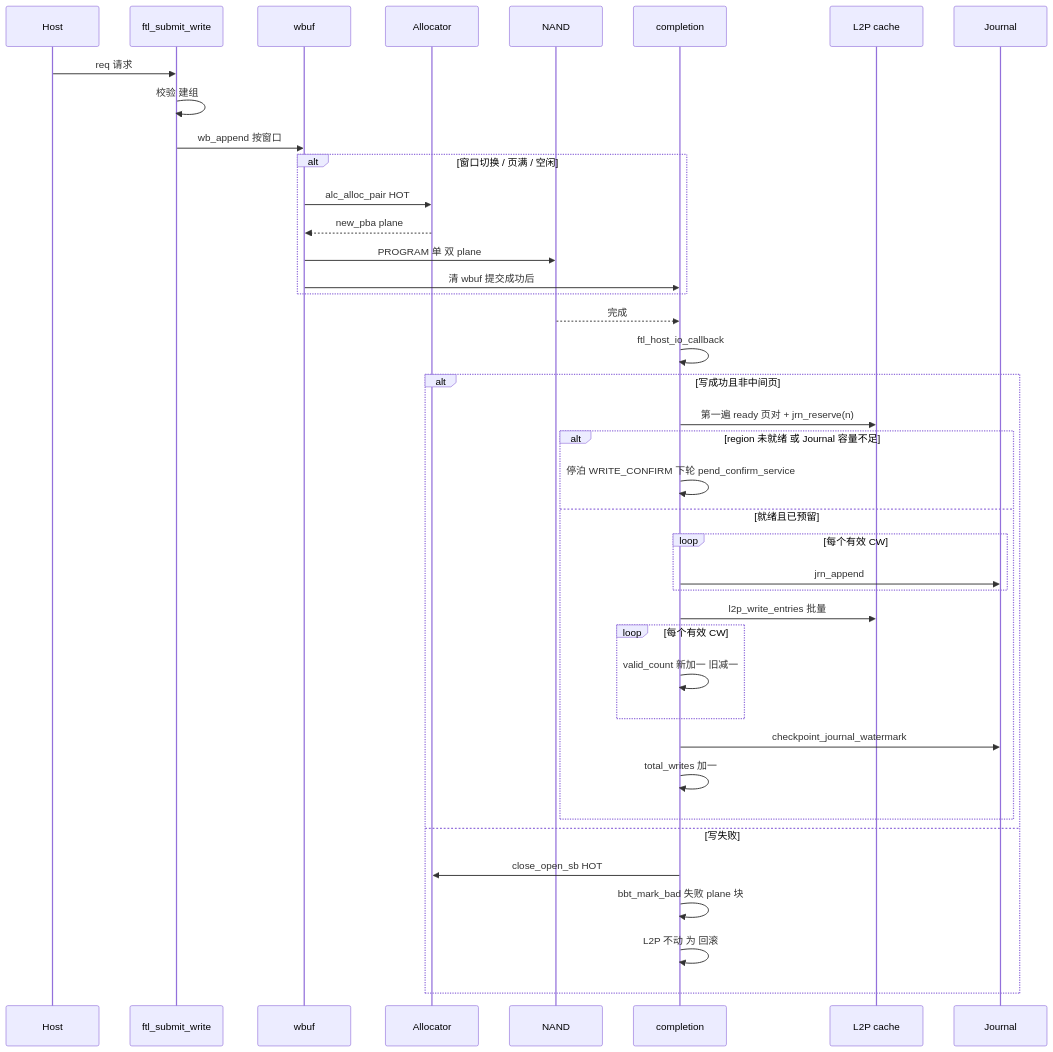
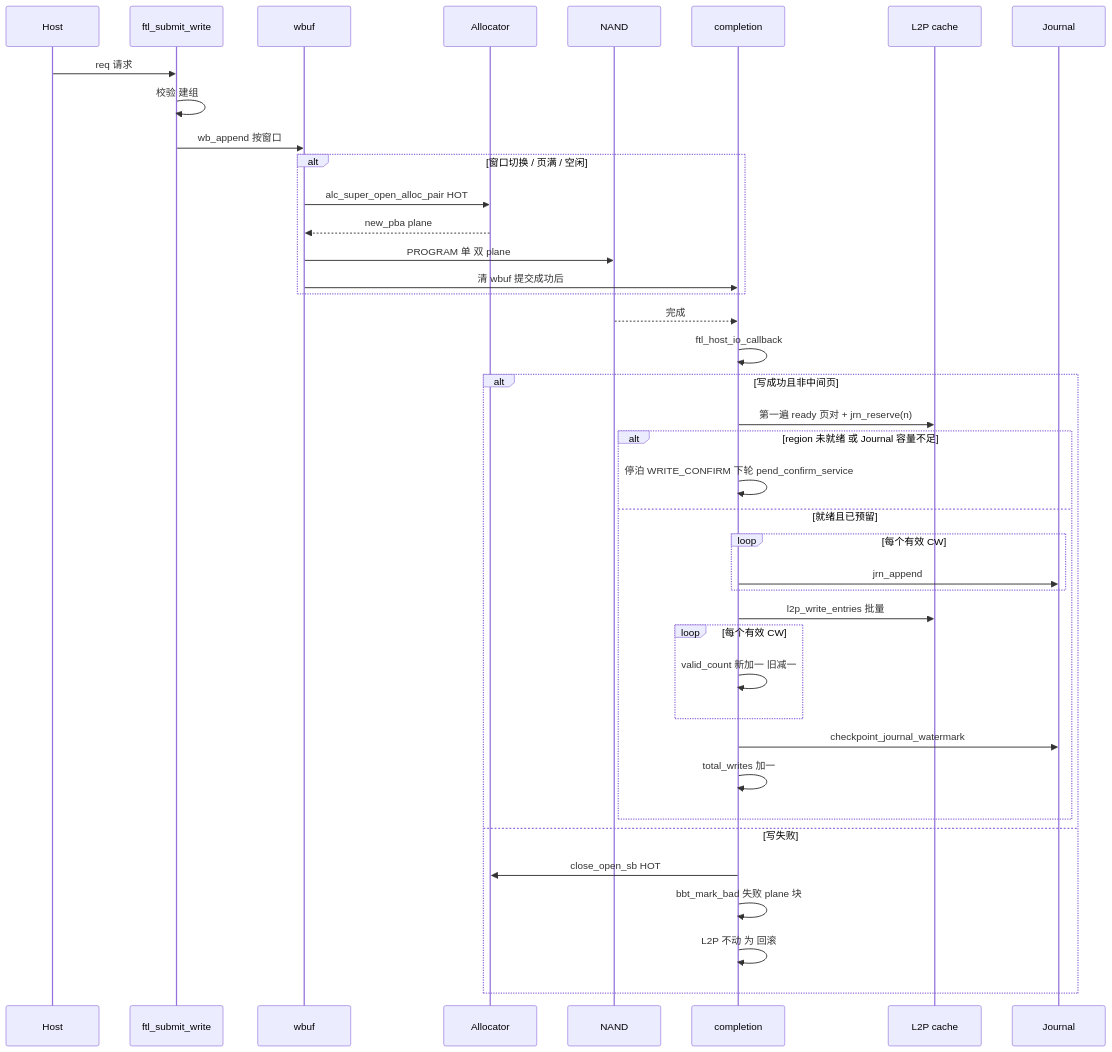
Before and after one commit to YzYMIAO/BASESSD: diagram 27 of 32 in docs/design/ftl_design.md, drawn with Mermaid. The commit also changed other lines of this file and 24 other files, not shown here.

````diff
--- a/docs/design/ftl_design.md
+++ b/docs/design/ftl_design.md
@@ -3929,43 +3929,43 @@
 ```mermaid
 sequenceDiagram
     participant H as Host
     participant F as ftl_submit_write
     participant W as wbuf
     participant A as Allocator
     participant N as NAND
     participant C as completion
     participant L as L2P cache
     participant J as Journal
 
     H->>F: req 请求
     F->>F: 校验 建组
     F->>W: wb_append 按窗口
     alt 窗口切换 / 页满 / 空闲
-        W->>A: alc_alloc_pair HOT
+        W->>A: alc_super_open_alloc_pair HOT
         A-->>W: new_pba plane
         W->>N: PROGRAM 单 双 plane
         W->>C: 清 wbuf 提交成功后
     end
     N-->>C: 完成
     C->>C: ftl_host_io_callback
     alt 写成功且非中间页
         C->>L: 第一遍 ready 页对 + jrn_reserve(n)
         alt region 未就绪 或 Journal 容量不足
             C->>C: 停泊 WRITE_CONFIRM 下轮 pend_confirm_service
         else 就绪且已预留
             loop 每个有效 CW
                 C->>J: jrn_append
             end
             C->>L: l2p_write_entries 批量
             loop 每个有效 CW
                 C->>C: valid_count 新加一 旧减一
             end
             C->>J: checkpoint_journal_watermark
             C->>C: total_writes 加一
         end
     else 写失败
         C->>A: close_open_sb HOT
         C->>C: bbt_mark_bad 失败 plane 块
         C->>C: L2P 不动 为 回滚
     end
 ```
````
